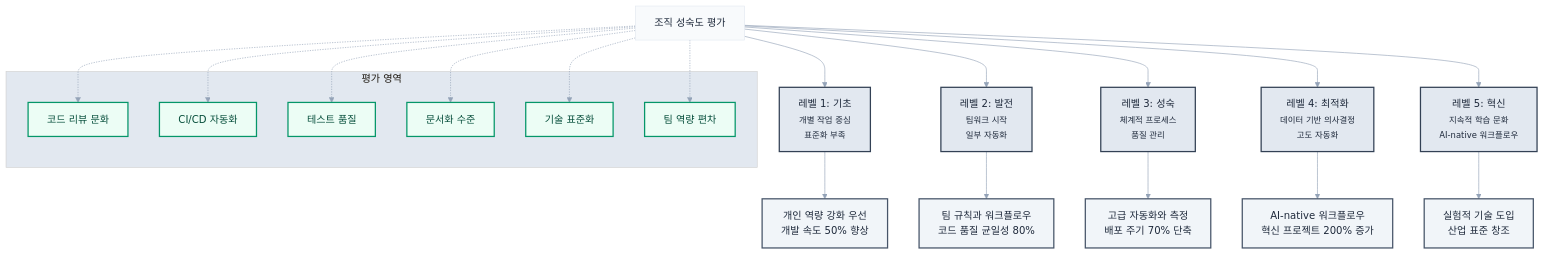
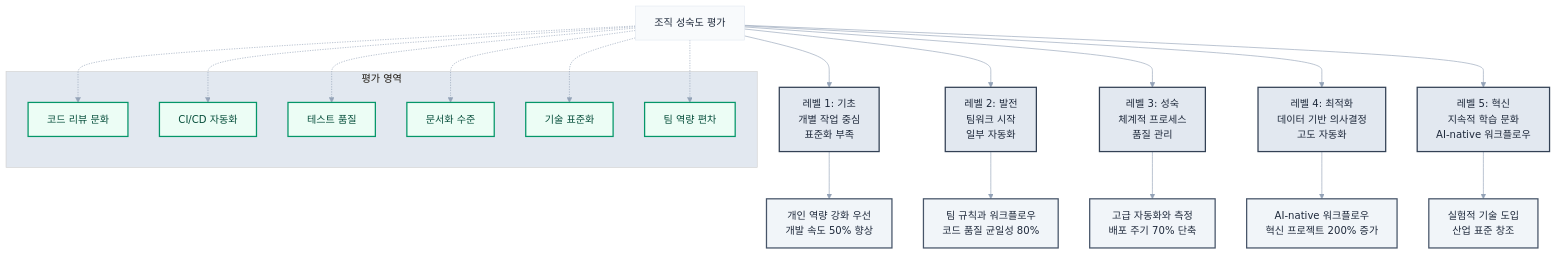
The second of 7 diagrams in book/12-chapter12.md (revfactory/claude-code-mastering), drawn with Mermaid before and after one commit. The commit also changed other lines of this file and 10 other files, not shown here.

First line of the commit message:
fix: 챕터 2-13 Mermaid 다이어그램 텍스트 렌더링 최적화

````diff
--- a/book/12-chapter12.md
+++ b/book/12-chapter12.md
@@ -54,39 +54,39 @@
 ```mermaid
 %%{init: {"theme": "base", "themeVariables": {"primaryColor": "#f8fafc", "primaryTextColor": "#1e293b", "primaryBorderColor": "#e2e8f0", "lineColor": "#94a3b8", "secondaryColor": "#f1f5f9", "tertiaryColor": "#e2e8f0"}}}%%
 graph TD
-    A[조직 성숙도 평가] --> B[레벨 1: 기초<br/><small>개별 작업 중심<br/>표준화 부족</small>]
-    A --> C[레벨 2: 발전<br/><small>팀워크 시작<br/>일부 자동화</small>]
-    A --> D[레벨 3: 성숙<br/><small>체계적 프로세스<br/>품질 관리</small>]
-    A --> E[레벨 4: 최적화<br/><small>데이터 기반 의사결정<br/>고도 자동화</small>]
-    A --> F[레벨 5: 혁신<br/><small>지속적 학습 문화<br/>AI-native 워크플로우</small>]
+    A[조직 성숙도 평가] --> B[레벨 1: 기초<br/>개별 작업 중심<br/>표준화 부족]
+    A --> C[레벨 2: 발전<br/>팀워크 시작<br/>일부 자동화]
+    A --> D[레벨 3: 성숙<br/>체계적 프로세스<br/>품질 관리]
+    A --> E[레벨 4: 최적화<br/>데이터 기반 의사결정<br/>고도 자동화]
+    A --> F[레벨 5: 혁신<br/>지속적 학습 문화<br/>AI-native 워크플로우]
     
     B --> G[개인 역량 강화 우선<br/>개발 속도 50% 향상]
     C --> H[팀 규칙과 워크플로우<br/>코드 품질 균일성 80%]
     D --> I[고급 자동화와 측정<br/>배포 주기 70% 단축]
     E --> J[AI-native 워크플로우<br/>혁신 프로젝트 200% 증가]
     F --> K[실험적 기술 도입<br/>산업 표준 창조]
     
     subgraph assessment [평가 영역]
         L[코드 리뷰 문화]
         M[CI/CD 자동화]
         N[테스트 품질]
         O[문서화 수준]
         P[기술 표준화]
         Q[팀 역량 편차]
     end
     
     A -.-> L
     A -.-> M
     A -.-> N
     A -.-> O
     A -.-> P
     A -.-> Q
     
     classDef levelStyle fill:#e2e8f0,stroke:#334155,stroke-width:2px,color:#1e293b
     classDef strategyStyle fill:#f1f5f9,stroke:#475569,stroke-width:2px,color:#1e293b
     classDef assessmentStyle fill:#ecfdf5,stroke:#059669,stroke-width:2px,color:#064e3b
     
     class B,C,D,E,F levelStyle
     class G,H,I,J,K strategyStyle
     class L,M,N,O,P,Q assessmentStyle
 ```
````
